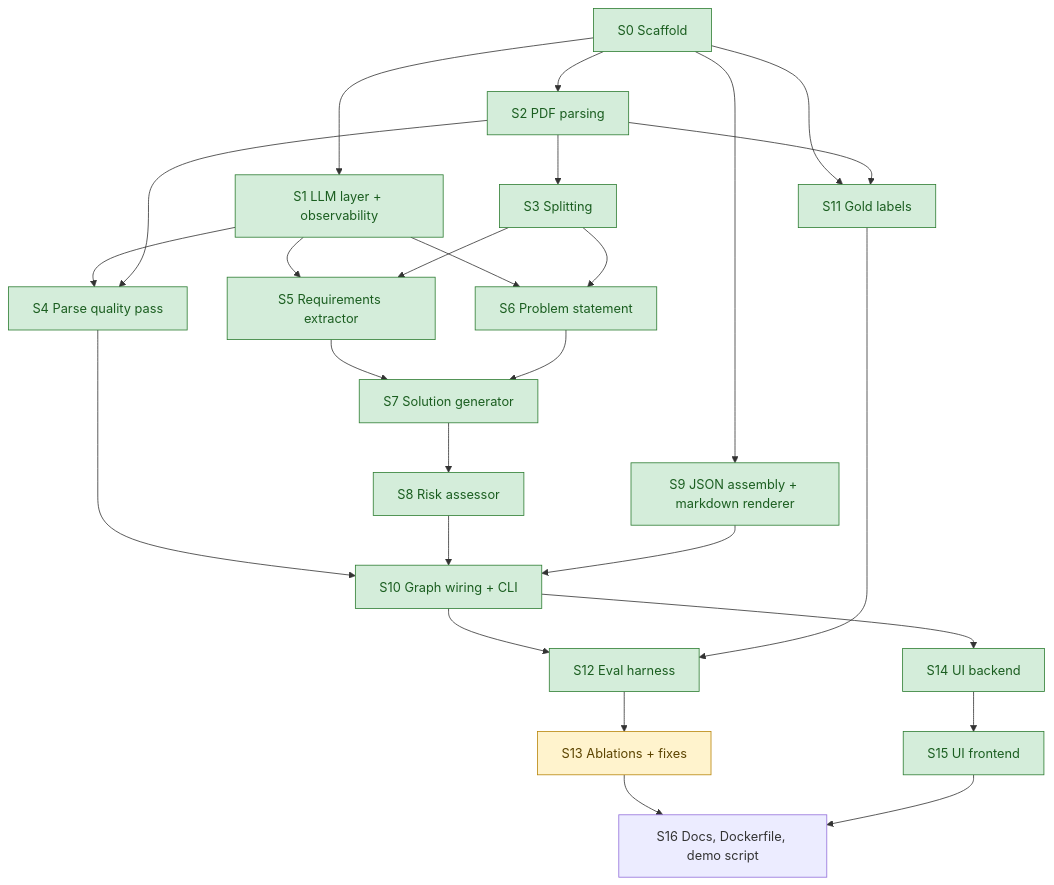
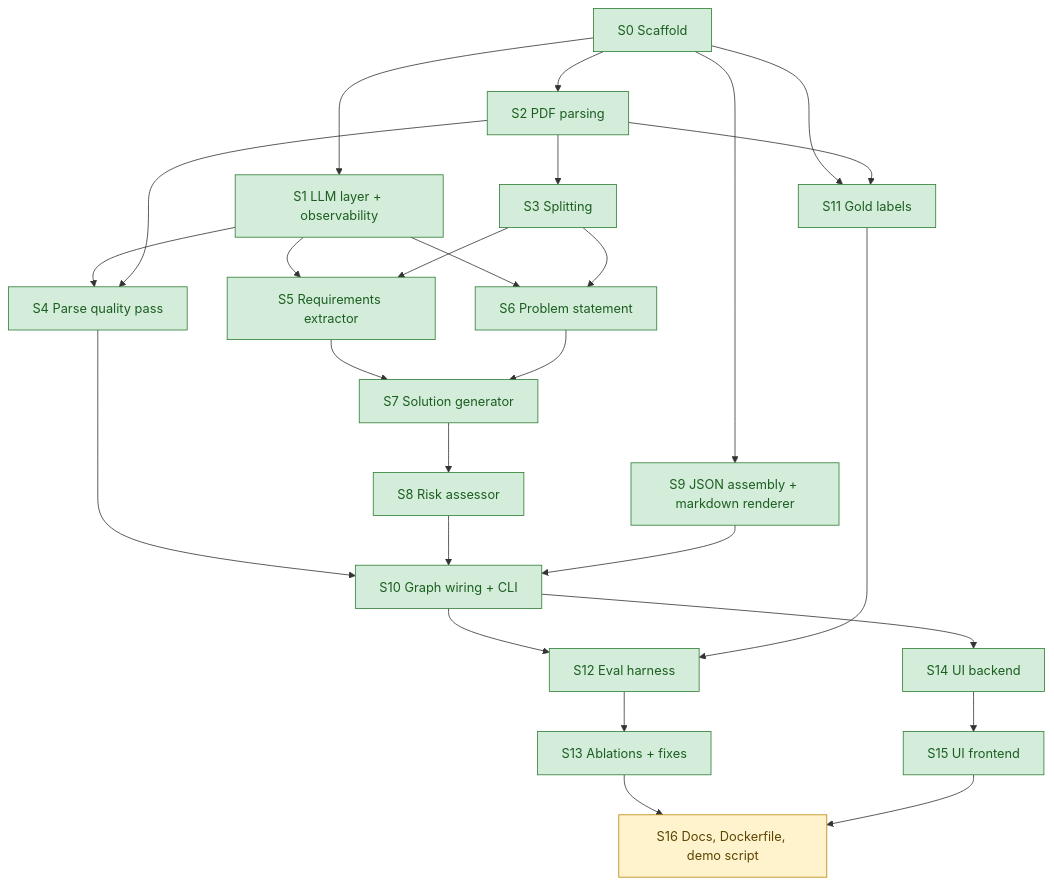
One commit to lofeodo/rfp-solution-summary-generator changed the second of 2 diagrams in docs/ROADMAP.md. Above: the diagram before and after it, drawn with Mermaid. The commit also changed other lines of this file and 3 other files, not shown here.

Commit message:
S13: D40 critic decision, roadmap done, PROMPTS solution row, time log

````diff
--- a/docs/ROADMAP.md
+++ b/docs/ROADMAP.md
@@ -82,33 +82,33 @@
 ```mermaid
 flowchart TD
     S0[S0 Scaffold] --> S1[S1 LLM layer + observability]
     S0 --> S2[S2 PDF parsing]
     S0 --> S9[S9 JSON assembly + markdown renderer]
     S0 --> S11[S11 Gold labels]
     S2 --> S3[S3 Splitting]
     S1 --> S4[S4 Parse quality pass]
     S2 --> S4
     S1 --> S5[S5 Requirements extractor]
     S3 --> S5
     S1 --> S6[S6 Problem statement]
     S3 --> S6
     S5 --> S7[S7 Solution generator]
     S6 --> S7
     S7 --> S8[S8 Risk assessor]
     S4 --> S10[S10 Graph wiring + CLI]
     S8 --> S10
     S9 --> S10
     S2 --> S11
     S10 --> S12[S12 Eval harness]
     S11 --> S12
     S12 --> S13[S13 Ablations + fixes]
     S10 --> S14[S14 UI backend]
     S14 --> S15[S15 UI frontend]
     S13 --> S16[S16 Docs, Dockerfile, demo script]
     S15 --> S16
 
     classDef done fill:#d4edda,stroke:#2e7d32,color:#1b5e20
     classDef ready fill:#fff3cd,stroke:#b8860b,color:#5c4400
-    class S0,S1,S2,S3,S4,S5,S6,S7,S8,S9,S10,S11,S12,S14,S15 done
-    class S13 ready
+    class S0,S1,S2,S3,S4,S5,S6,S7,S8,S9,S10,S11,S12,S13,S14,S15 done
+    class S16 ready
 ```
````
